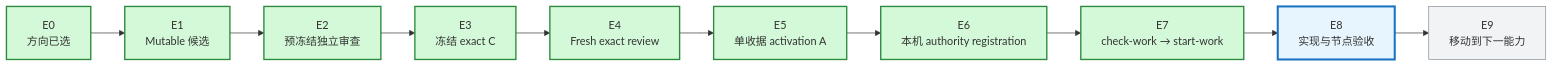
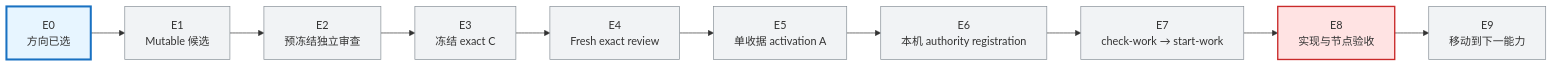
Before and after one commit to j-a-v-e-n/knowledge-vault: the second of 2 diagrams in MyBrain/automation/reports/investment-discipline-system/CURRENT_PROGRESS.md, drawn with Mermaid. The commit also changed other lines of this file, not shown here.

````diff
--- a/MyBrain/automation/reports/investment-discipline-system/CURRENT_PROGRESS.md
+++ b/MyBrain/automation/reports/investment-discipline-system/CURRENT_PROGRESS.md
@@ -54,19 +60,20 @@
 ```mermaid
 flowchart LR
     E0["E0<br/>方向已选"] --> E1["E1<br/>Mutable 候选"]
     E1 --> E2["E2<br/>预冻结独立审查"]
     E2 --> E3["E3<br/>冻结 exact C"]
     E3 --> E4["E4<br/>Fresh exact review"]
     E4 --> E5["E5<br/>单收据 activation A"]
     E5 --> E6["E6<br/>本机 authority registration"]
     E6 --> E7["E7<br/>check-work → start-work"]
     E7 --> E8["E8<br/>实现与节点验收"]
     E8 --> E9["E9<br/>移动到下一能力"]
 
     classDef done fill:#d3f9d8,stroke:#2b8a3e,stroke-width:2px;
     classDef current fill:#e7f5ff,stroke:#1971c2,stroke-width:3px;
+    classDef failed fill:#ffe3e3,stroke:#c92a2a,stroke-width:2px;
     classDef pending fill:#f1f3f5,stroke:#868e96;
-    class E0,E1,E2,E3,E4,E5,E6,E7 done;
-    class E8 current;
-    class E9 pending;
+    class E0 current;
+    class E8 failed;
+    class E1,E2,E3,E4,E5,E6,E7,E9 pending;
 ```
````
